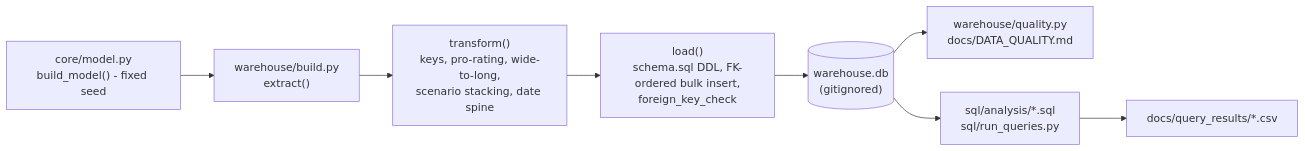
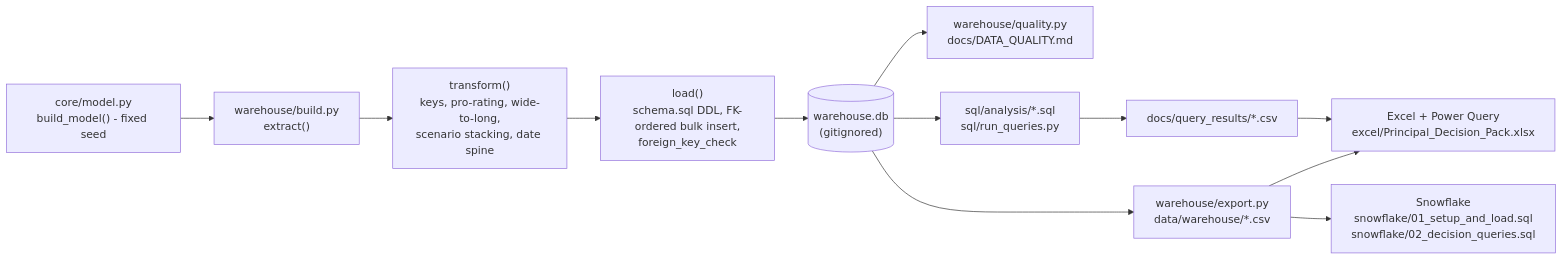
One commit to brianphu2310/Law_Firm_Operations_Intelliigence changed the second of 2 diagrams in docs/DATA_MODEL.md. Above: the diagram before and after it, drawn with Mermaid. The commit also changed other lines of this file and 169 other files, not shown here.

````diff
--- a/docs/DATA_MODEL.md
+++ b/docs/DATA_MODEL.md
@@ -188,10 +222,14 @@
 ```mermaid
 flowchart LR
     gen["core/model.py<br/>build_model() - fixed seed"] --> ext["warehouse/build.py<br/>extract()"]
     ext --> tr["transform()<br/>keys, pro-rating, wide-to-long,<br/>scenario stacking, date spine"]
     tr --> ld["load()<br/>schema.sql DDL, FK-ordered bulk insert,<br/>foreign_key_check"]
     ld --> db[("warehouse.db<br/>(gitignored)")]
     db --> dq["warehouse/quality.py<br/>docs/DATA_QUALITY.md"]
     db --> sql["sql/analysis/*.sql<br/>sql/run_queries.py"]
     sql --> csv["docs/query_results/*.csv"]
+    db --> exp["warehouse/export.py<br/>data/warehouse/*.csv"]
+    exp --> sf["Snowflake<br/>snowflake/01_setup_and_load.sql<br/>snowflake/02_decision_queries.sql"]
+    csv --> pq["Excel + Power Query<br/>excel/Principal_Decision_Pack.xlsx"]
+    exp --> pq
 ```
````
